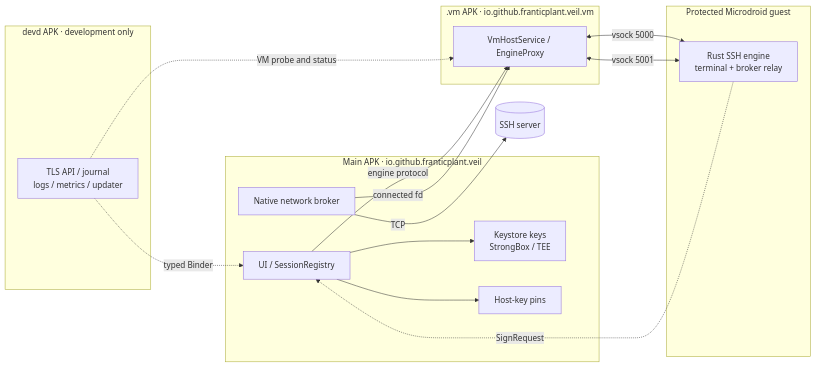
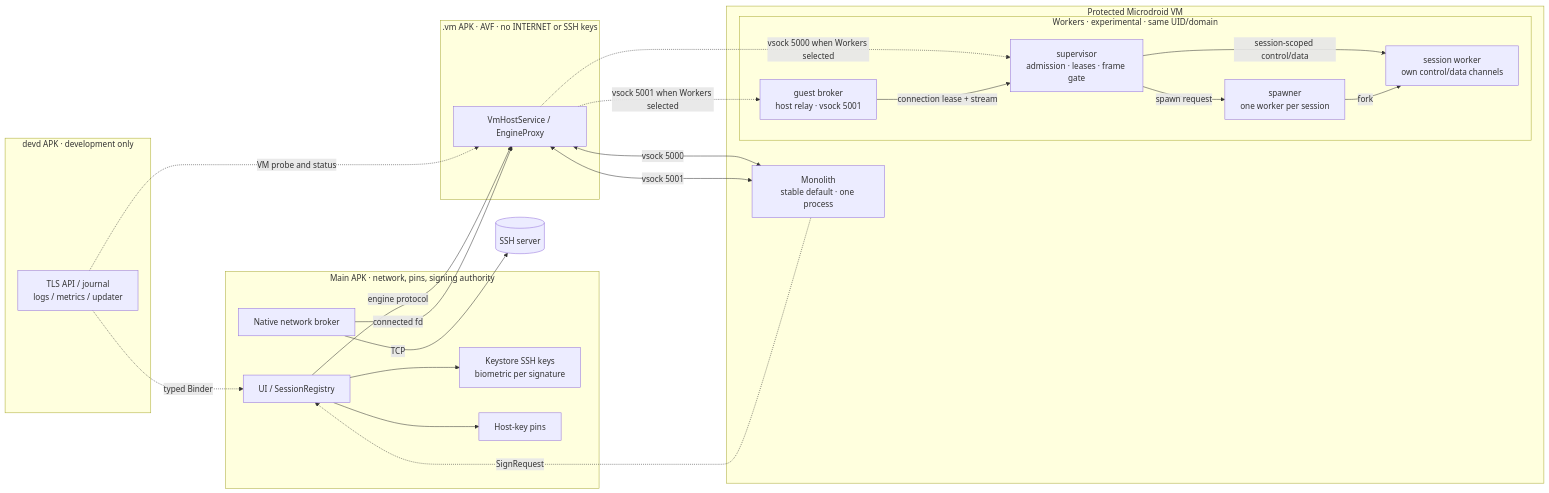
Before and after one commit to franticplant/veil-terminal: the diagram in README.md, drawn with Mermaid. The commit also changed other lines of this file and 2 other files, not shown here.

Commit message:
docs: explain nested access and authority boundaries

````diff
--- a/README.md
+++ b/README.md
@@ -10,34 +24,46 @@
 ```mermaid
 flowchart LR
   Remote[(SSH server)]
 
-  subgraph Main["Main APK · io.github.franticplant.veil"]
+  subgraph Main["Main APK · network, pins, signing authority"]
     UI["UI / SessionRegistry"]
-    Keys["Keystore keys<br/>StrongBox / TEE"]
+    Keys["Keystore SSH keys<br/>biometric per signature"]
     Pins["Host-key pins"]
     Broker["Native network broker"]
   end
 
-  subgraph VMHost[".vm APK · io.github.franticplant.veil.vm"]
+  subgraph VMHost[".vm APK · AVF · no INTERNET or SSH keys"]
     Host["VmHostService / EngineProxy"]
   end
 
-  subgraph Guest["Protected Microdroid guest"]
-    Engine["Rust SSH engine<br/>terminal + broker relay"]
+  subgraph Guest["Protected Microdroid VM"]
+    Engine["Monolith<br/>stable default · one process"]
+    subgraph Workers["Workers · experimental · same UID/domain"]
+      Sup["supervisor<br/>admission · leases · frame gate"]
+      GuestBroker["guest broker<br/>host relay · vsock 5001"]
+      Spawner["spawner<br/>one worker per session"]
+      Worker["session worker<br/>own control/data channels"]
+    end
   end
 
   subgraph Dev["devd APK · development only"]
     Devd["TLS API / journal<br/>logs / metrics / updater"]
   end
 
   UI -->|engine protocol| Host
   Host <-->|vsock 5000| Engine
+  Host -.->|vsock 5000 when Workers selected| Sup
+  Host <-->|vsock 5001| Engine
+  Host -.->|vsock 5001 when Workers selected| GuestBroker
+  GuestBroker -->|connection lease + stream| Sup
+  Sup -->|session-scoped control/data| Worker
+  Sup -->|spawn request| Spawner
+  Spawner -->|fork| Worker
   UI --> Keys
   UI --> Pins
   Engine -.->|SignRequest| UI
   Broker -->|TCP| Remote
   Broker -->|connected fd| Host
-  Host <-->|vsock 5001| Engine
   Devd -.->|typed Binder| UI
   Devd -.->|VM probe and status| Host
 ```
````
